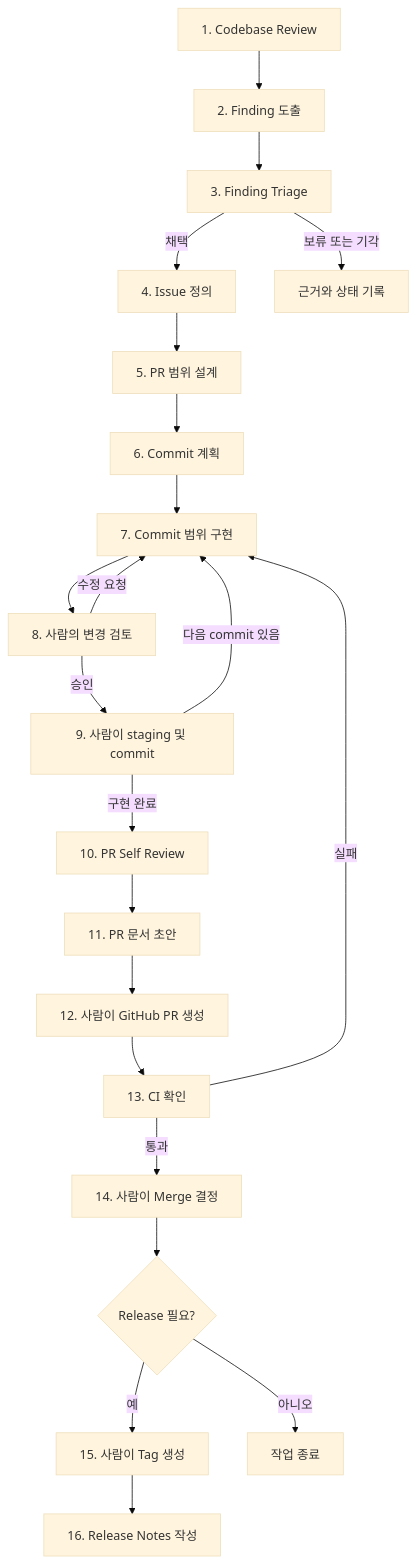
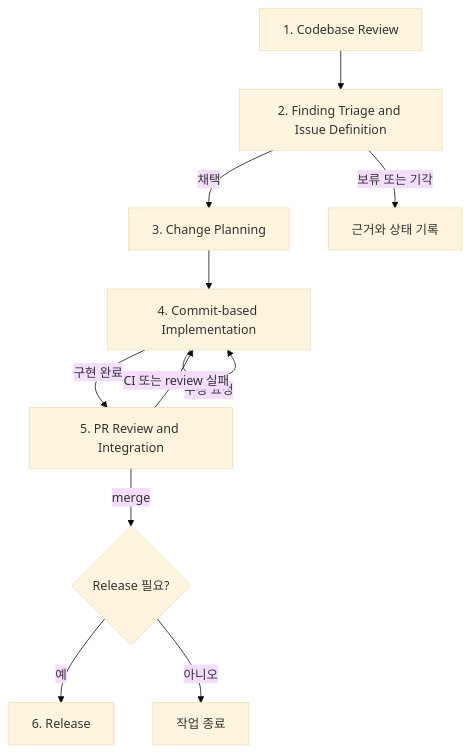
Before and after one commit to dawwson/psycho.pizza: the diagram in docs/workflow/engineering-workflow-v0.1.md, drawn with Mermaid (base theme). The commit also changed other lines of this file, not shown here.

````diff
--- a/docs/workflow/engineering-workflow-v0.1.md
+++ b/docs/workflow/engineering-workflow-v0.1.md
@@ -36,24 +35,13 @@
 ```mermaid
 flowchart TD
-    A["1. Codebase Review"] --> B["2. Finding 도출"]
-    B --> C["3. Finding Triage"]
-    C -->|채택| D["4. Issue 정의"]
-    C -->|보류 또는 기각| C1["근거와 상태 기록"]
-    D --> E["5. PR 범위 설계"]
-    E --> F["6. Commit 계획"]
-    F --> G["7. Commit 범위 구현"]
-    G --> H["8. 사람의 변경 검토"]
-    H -->|수정 요청| G
-    H -->|승인| I["9. 사람이 staging 및 commit"]
-    I -->|다음 commit 있음| G
-    I -->|구현 완료| J["10. PR Self Review"]
-    J --> K["11. PR 문서 초안"]
-    K --> L["12. 사람이 GitHub PR 생성"]
-    L --> M["13. CI 확인"]
-    M -->|실패| G
-    M -->|통과| N["14. 사람이 Merge 결정"]
-    N --> O{"Release 필요?"}
-    O -->|예| P["15. 사람이 Tag 생성"]
-    P --> Q["16. Release Notes 작성"]
-    O -->|아니오| R["작업 종료"]
+    A["1. Codebase Review"] --> B["2. Finding Triage and Issue Definition"]
+    B -->|채택| C["3. Change Planning"]
+    B -->|보류 또는 기각| B1["근거와 상태 기록"]
+    C --> D["4. Commit-based Implementation"]
+    D -->|수정 요청| D
+    D -->|구현 완료| E["5. PR Review and Integration"]
+    E -->|CI 또는 review 실패| D
+    E -->|merge| F{"Release 필요?"}
+    F -->|예| G["6. Release"]
+    F -->|아니오| H["작업 종료"]
 ```
````
